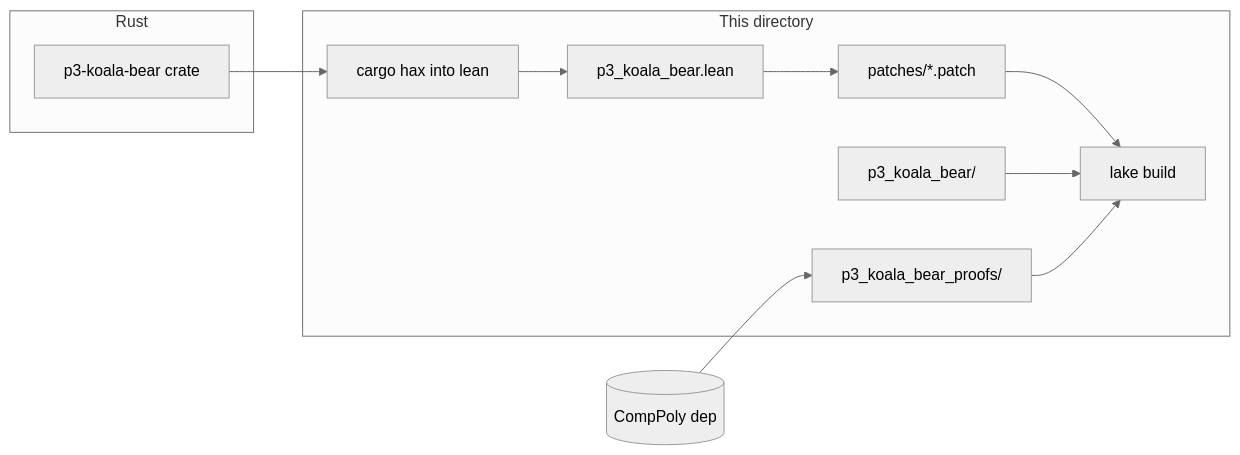
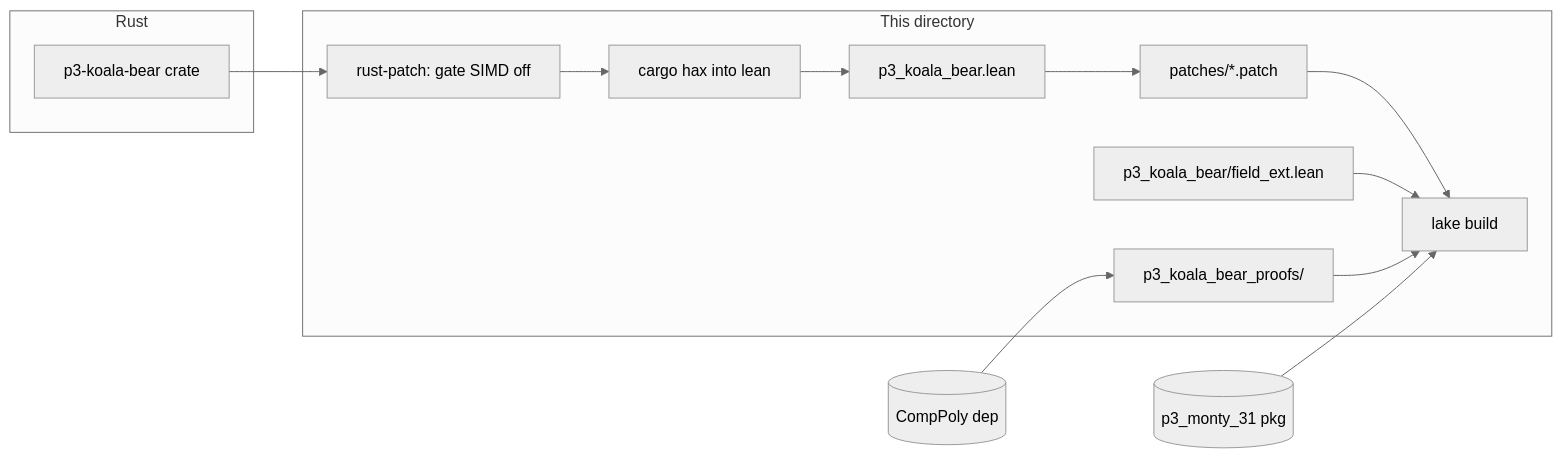
The diagram in koala-bear/proofs/lean/extraction/README.md (dhsorens/Plonky3Verif), drawn with Mermaid (neutral theme) before and after one commit. The commit also changed other lines of this file and 27 other files, not shown here.

Commit message:
feat: wire monty-31 as the backend for koalabear and baby bear

````diff
--- a/koala-bear/proofs/lean/extraction/README.md
+++ b/koala-bear/proofs/lean/extraction/README.md
@@ -5,18 +11,20 @@
 ```mermaid
 flowchart LR
   subgraph rust [Rust]
     Crate[p3-koala-bear crate]
   end
   subgraph lean [This directory]
+    Src[rust-patch: gate SIMD off]
     Hax["cargo hax into lean"]
     Raw[p3_koala_bear.lean]
     Patch[patches/*.patch]
-    Stubs[p3_koala_bear/]
+    Ext[p3_koala_bear/field_ext.lean]
     Proofs[p3_koala_bear_proofs/]
     Lake[lake build]
   end
-  Crate --> Hax --> Raw --> Patch --> Lake
-  Stubs --> Lake
+  Crate --> Src --> Hax --> Raw --> Patch --> Lake
+  Ext --> Lake
   Proofs --> Lake
+  Monty[(p3_monty_31 pkg)] --> Lake
   CompPoly[(CompPoly dep)] --> Proofs
 ```
````
